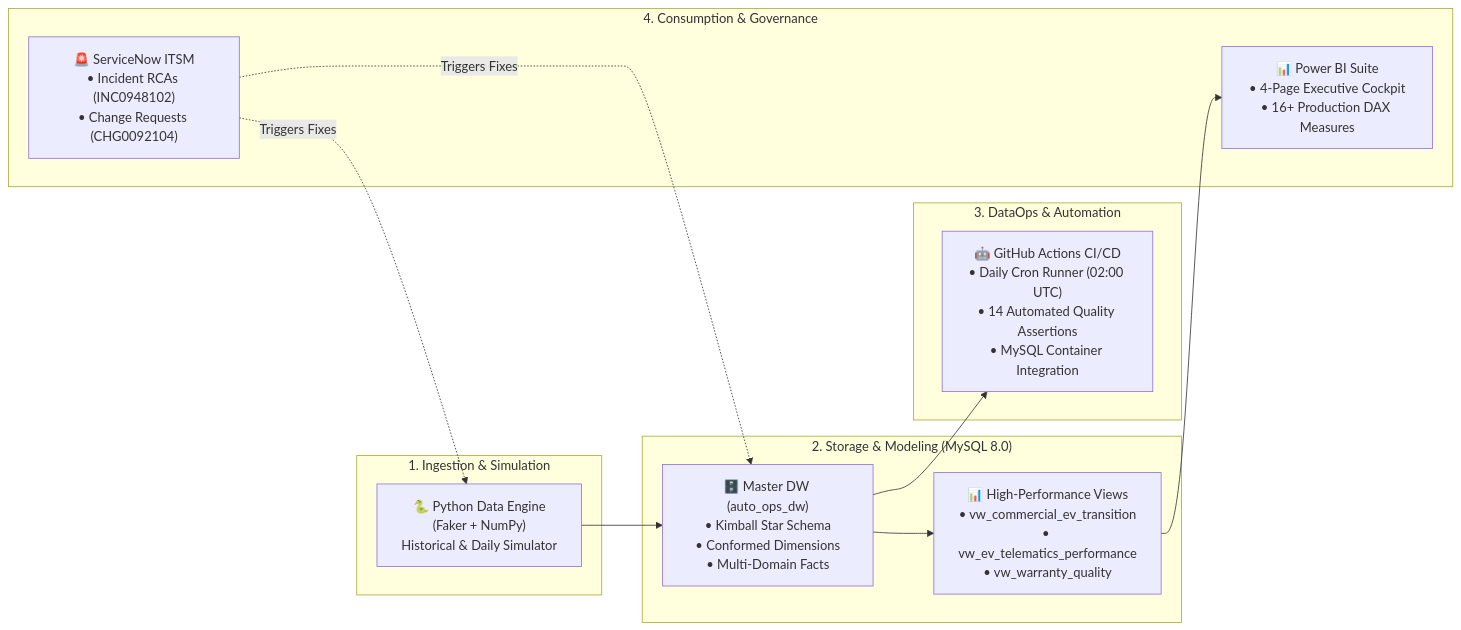
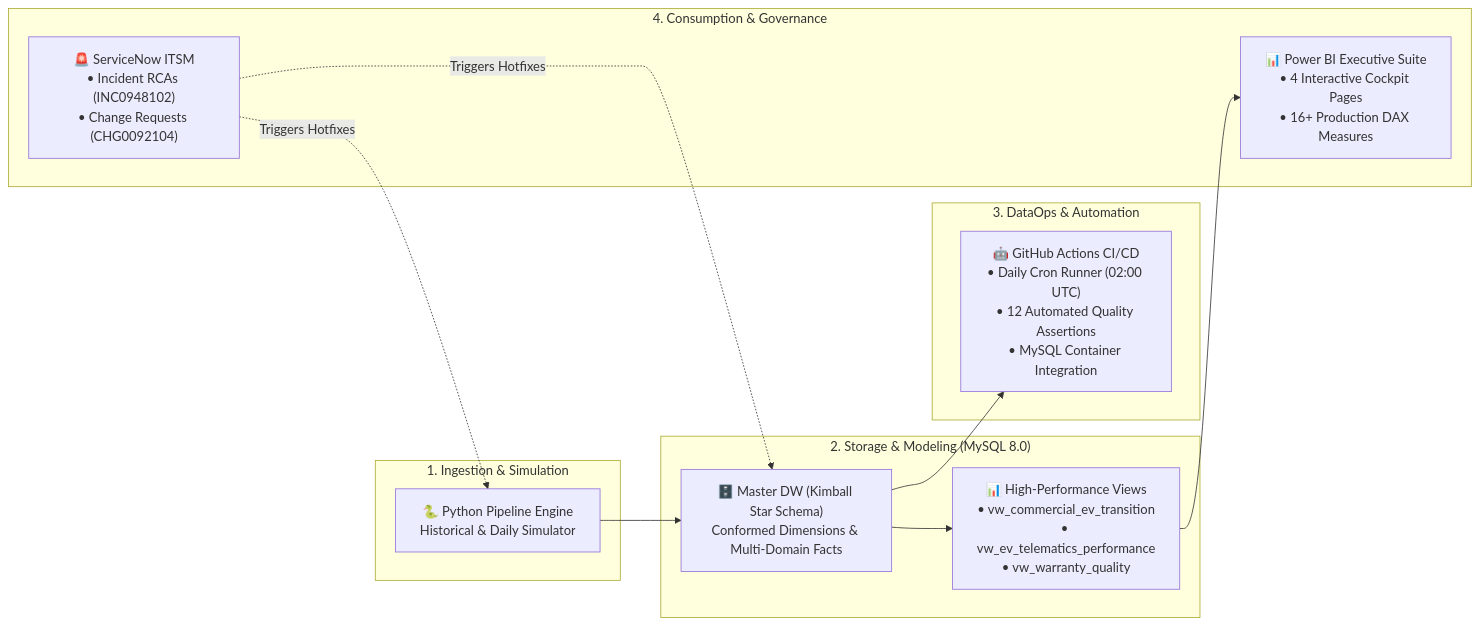
One commit to TejalGB/automotive-operations-intelligence changed the diagram in README.md. Above: the diagram before and after it, drawn with Mermaid. The commit also changed other lines of this file, not shown here.

````diff
--- a/README.md
+++ b/README.md
@@ -29,24 +34,24 @@
 ```mermaid
 flowchart LR
     subgraph "1. Ingestion & Simulation"
-        A["🐍 Python Data Engine<br/>(Faker + NumPy)<br/>Historical & Daily Simulator"]
+        A["🐍 Python Pipeline Engine<br/>Historical & Daily Simulator"]
     end
 
     subgraph "2. Storage & Modeling (MySQL 8.0)"
-        B["🗄️ Master DW (auto_ops_dw)<br/>• Kimball Star Schema<br/>• Conformed Dimensions<br/>• Multi-Domain Facts"]
+        B["🗄️ Master DW (Kimball Star Schema)<br/>Conformed Dimensions & Multi-Domain Facts"]
         C["📊 High-Performance Views<br/>• vw_commercial_ev_transition<br/>• vw_ev_telematics_performance<br/>• vw_warranty_quality"]
     end
 
     subgraph "3. DataOps & Automation"
-        D["🤖 GitHub Actions CI/CD<br/>• Daily Cron Runner (02:00 UTC)<br/>• 14 Automated Quality Assertions<br/>• MySQL Container Integration"]
+        D["🤖 GitHub Actions CI/CD<br/>• Daily Cron Runner (02:00 UTC)<br/>• 12 Automated Quality Assertions<br/>• MySQL Container Integration"]
     end
 
     subgraph "4. Consumption & Governance"
-        E["📊 Power BI Suite<br/>• 4-Page Executive Cockpit<br/>• 16+ Production DAX Measures"]
+        E["📊 Power BI Executive Suite<br/>• 4 Interactive Cockpit Pages<br/>• 16+ Production DAX Measures"]
         F["🚨 ServiceNow ITSM<br/>• Incident RCAs (INC0948102)<br/>• Change Requests (CHG0092104)"]
     end
 
     A --> B --> C --> E
     B --> D
-    F -.->|Triggers Fixes| A & B
+    F -.->|Triggers Hotfixes| A & B
 ```
````
